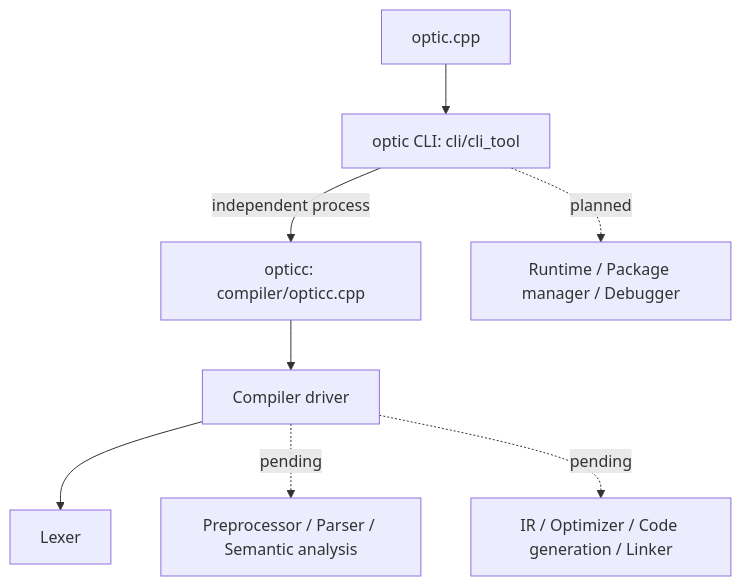
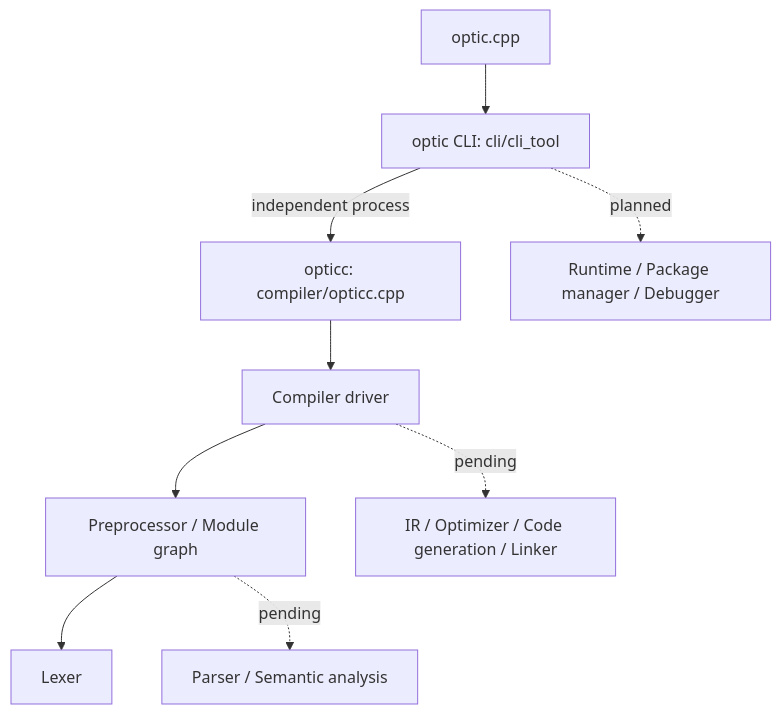
The diagram in README.md (levtcode/optic-language), drawn with Mermaid before and after one commit. The commit also changed other lines of this file and 18 other files, not shown here.

````diff
--- a/README.md
+++ b/README.md
@@ -104,10 +106,11 @@
 ```mermaid
 flowchart TD
     A["optic.cpp"] --> B["optic CLI: cli/cli_tool"]
     B -->|independent process| C["opticc: compiler/opticc.cpp"]
     C --> D["Compiler driver"]
-    D --> E["Lexer"]
-    D -. pending .-> F["Preprocessor / Parser / Semantic analysis"]
+    D --> F["Preprocessor / Module graph"]
+    F --> E["Lexer"]
+    F -. pending .-> I["Parser / Semantic analysis"]
     D -. pending .-> G["IR / Optimizer / Code generation / Linker"]
     B -. planned .-> H["Runtime / Package manager / Debugger"]
 ```
````
